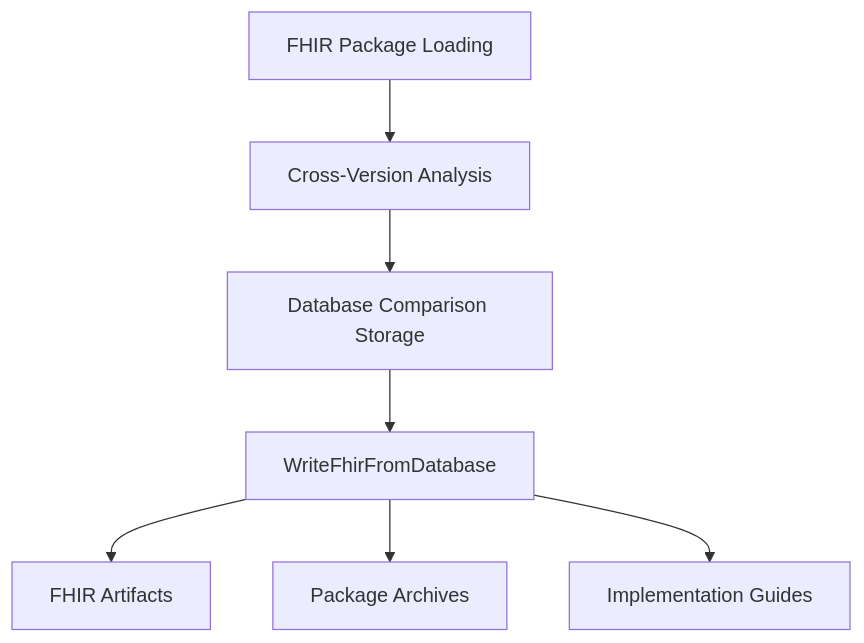
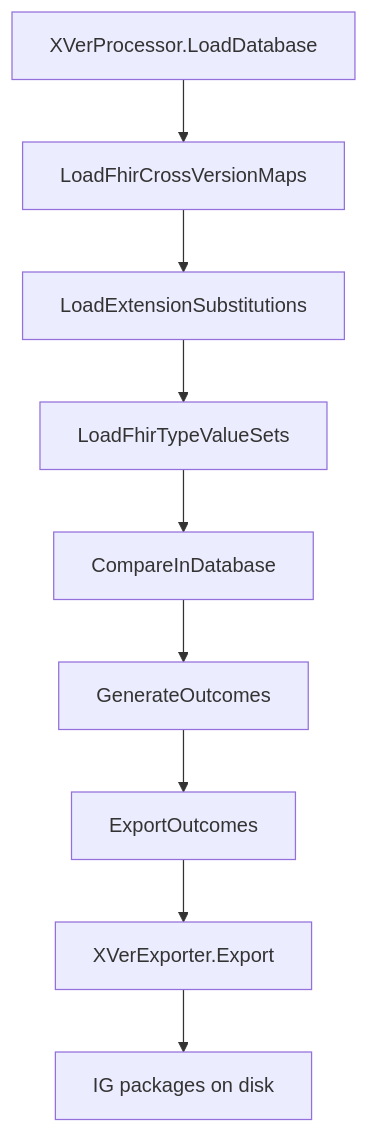
One commit to FHIR/fhir-codegen changed the first of 2 diagrams in docs/specs/xver-processor-write-fhir.md. Above: the diagram before and after it, drawn with Mermaid. The commit also changed other lines of this file and 4 other files, not shown here.

````diff
--- a/docs/specs/xver-processor-write-fhir.md
+++ b/docs/specs/xver-processor-write-fhir.md
@@ -14,9 +48,11 @@
 ```mermaid
 graph TD
-    A[FHIR Package Loading] --> B[Cross-Version Analysis]
-    B --> C[Database Comparison Storage]
-    C --> D[WriteFhirFromDatabase]
-    D --> E[FHIR Artifacts]
-    D --> F[Package Archives]
-    D --> G[Implementation Guides]
+    A[XVerProcessor.LoadDatabase] --> B[LoadFhirCrossVersionMaps]
+    B --> C[LoadExtensionSubstitutions]
+    C --> D[LoadFhirTypeValueSets]
+    D --> E[CompareInDatabase]
+    E --> F[GenerateOutcomes]
+    F --> G[ExportOutcomes]
+    G --> H[XVerExporter.Export]
+    H --> I[IG packages on disk]
 ```
````
